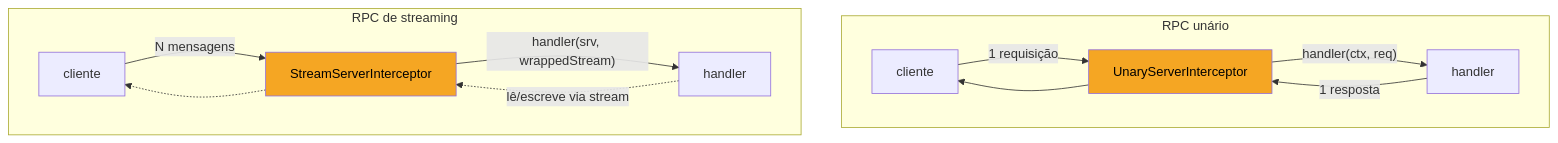
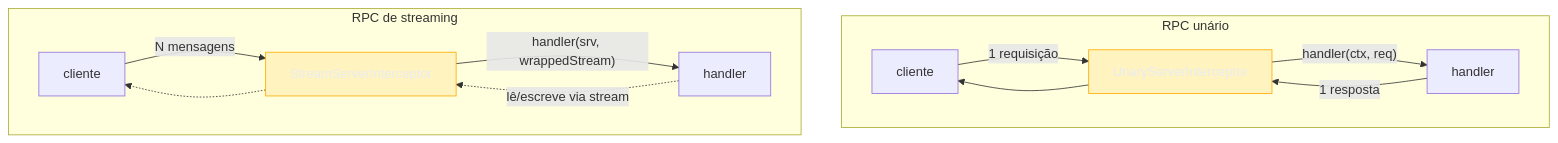
Before and after one commit to josenaldo/codex-technomanticus: the first of 3 diagrams in 03-Dominios/Tecnologia/Go/12 - gRPC e protobuf/06 - Interceptors, metadata e erros.md, drawn with Mermaid. The commit also changed 1181 other files, not shown here.

First line of the commit message:
fix(diagramas): paleta do sistema no lugar de cor cravada no markdown

````diff
--- a/03-Dominios/Tecnologia/Go/12 - gRPC e protobuf/06 - Interceptors, metadata e erros.md
+++ b/03-Dominios/Tecnologia/Go/12 - gRPC e protobuf/06 - Interceptors, metadata e erros.md
@@ -52,20 +52,21 @@
 ```mermaid
 flowchart TB
+    classDef destaque fill:#FFAA0024,stroke:#FFAA00,color:#E9ECF2
     subgraph Unario["RPC unário"]
         direction LR
         C1["cliente"] -->|"1 requisição"| I1["UnaryServerInterceptor"]
         I1 -->|"handler(ctx, req)"| H1["handler"]
         H1 -->|"1 resposta"| I1
         I1 --> C1
     end
     subgraph Streaming["RPC de streaming"]
         direction LR
         C2["cliente"] -->|"N mensagens"| I2["StreamServerInterceptor"]
         I2 -->|"handler(srv, wrappedStream)"| H2["handler"]
         H2 -.->|"lê/escreve via stream"| I2
         I2 -.-> C2
     end
 
-    style I1 fill:#F5A623,color:#000
-    style I2 fill:#F5A623,color:#000
+    class I1 destaque
+    class I2 destaque
 ```
````
